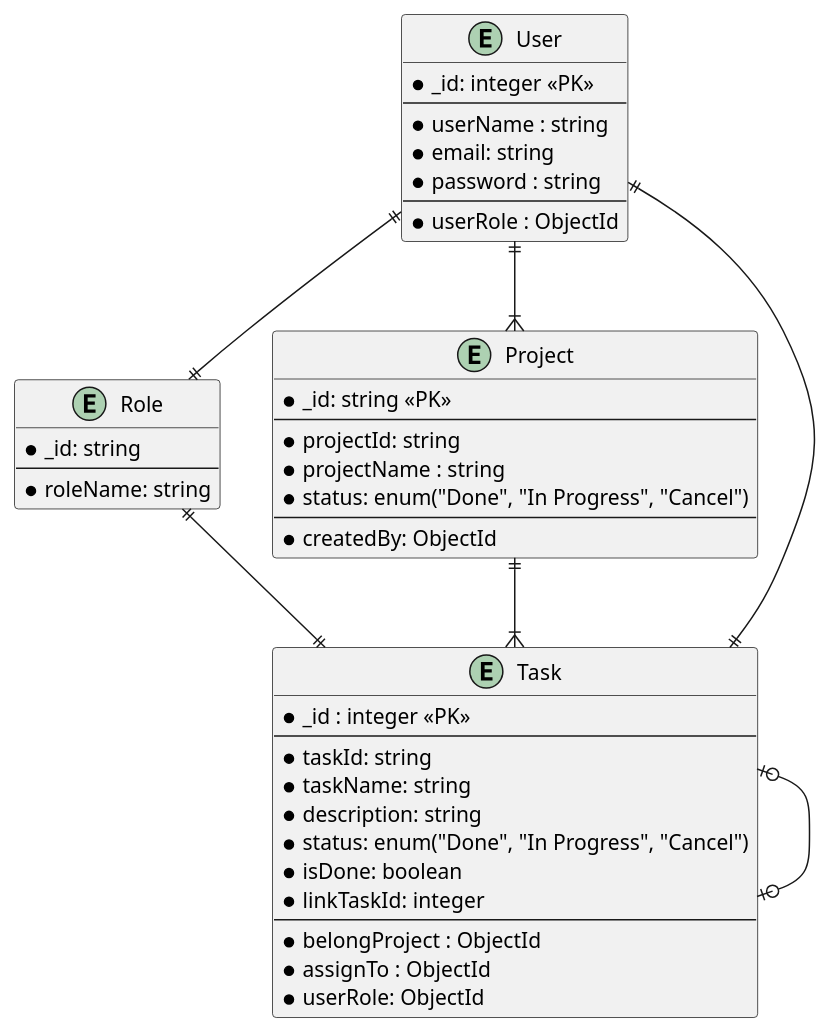
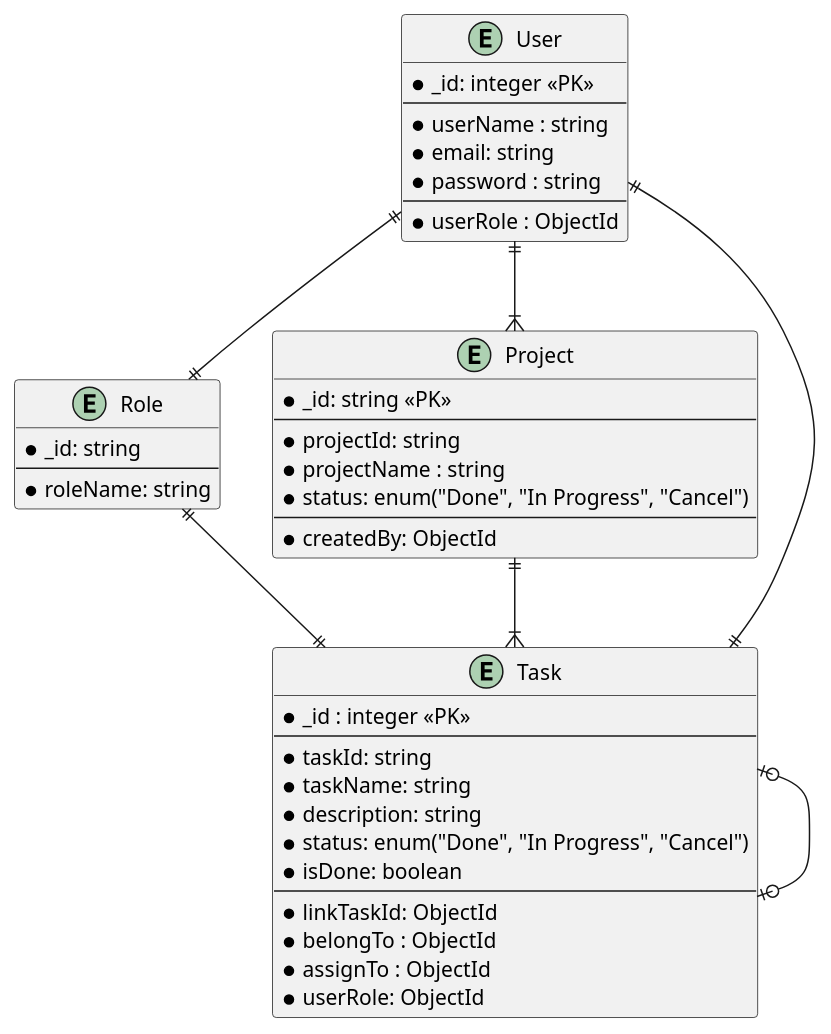
Before and after one commit to quangvinhln2008/application_todo: the diagram in back-end/ERD Diagram/erd.puml, drawn with PlantUML. The commit also changed 9 other files, not shown here.

Commit message:
Update Project feature and add Task feature

```diff
--- a/back-end/ERD Diagram/erd.puml
+++ b/back-end/ERD Diagram/erd.puml
@@ -1,52 +1,52 @@
 @startuml TodoList
     entity Role{
         * _id: string
         --
         * roleName: string
     }
 
    entity User {
       * _id: integer <<PK>>
       --
       * userName : string
       * email: string
       * password : string
       --
       * userRole : ObjectId
    }
 
    entity Project {
       * _id: string <<PK>>
       --
       * projectId: string
       * projectName : string
       * status: enum("Done", "In Progress", "Cancel")
       --
       * createdBy: ObjectId
    }
 
    entity Task {
       * _id : integer <<PK>>
       --
       * taskId: string
       * taskName: string
       * description: string
       * status: enum("Done", "In Progress", "Cancel")
       * isDone: boolean
-      * linkTaskId: integer
       --
-      * belongProject : ObjectId
+      * linkTaskId: ObjectId
+      * belongTo : ObjectId
       * assignTo : ObjectId
       * userRole: ObjectId
    }
 
    User ||--|| Role
 
    User ||--|{ Project
    
    Project ||--|{ Task
    User ||--|| Task
    Role ||--|| Task
    Task |o--o| Task
 
 @enduml
```
